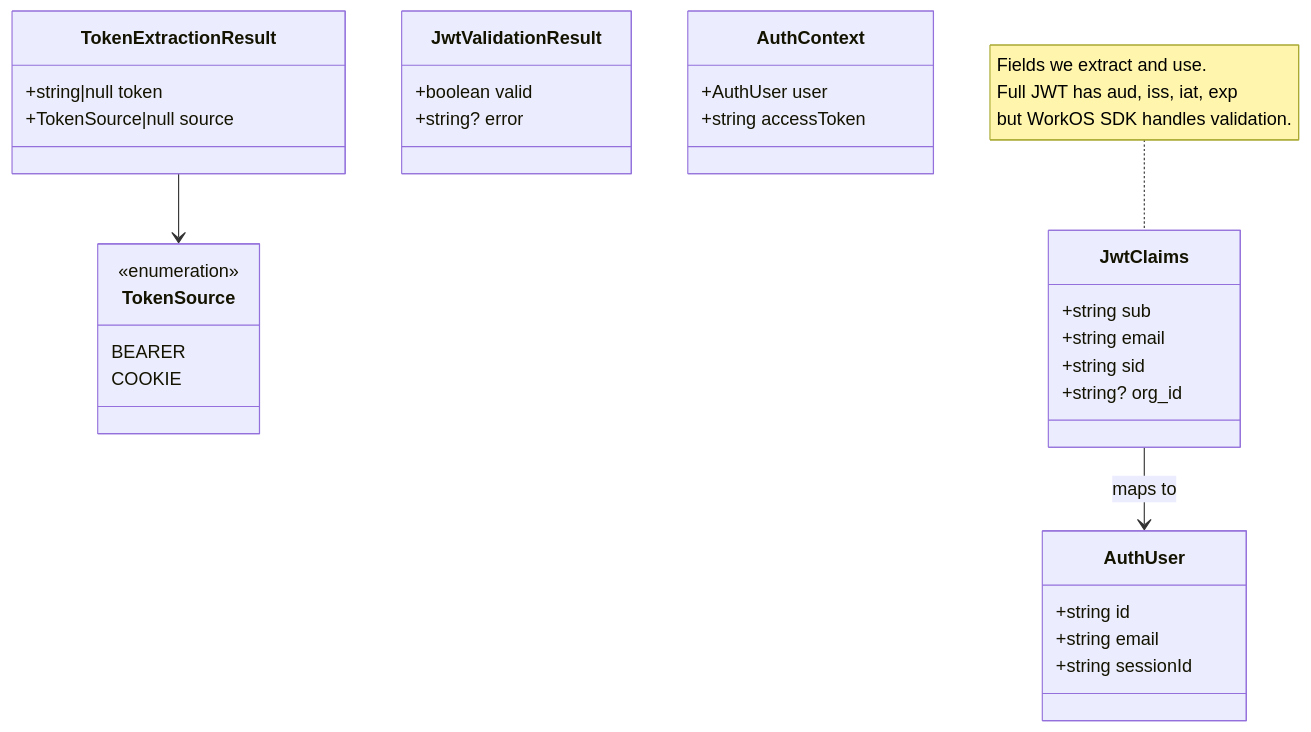
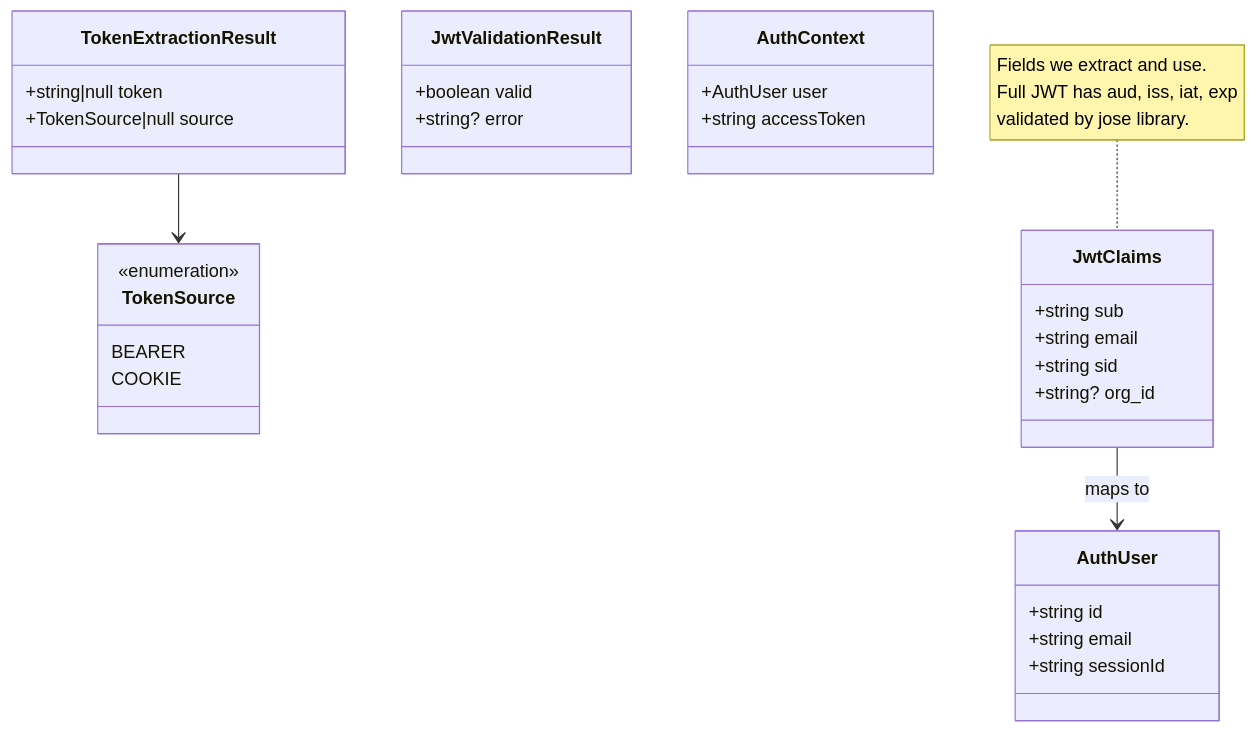
The second of 11 diagrams in docs/auth-design.md (liminal-ai/liminaldb), drawn with Mermaid before and after one commit. The commit also changed other lines of this file and 2 other files, not shown here.

First line of the commit message:
Fix remaining WorkOS SDK references in documentation

````diff
--- a/docs/auth-design.md
+++ b/docs/auth-design.md
@@ -139,41 +139,41 @@
 ```mermaid
 classDiagram
     class TokenExtractionResult {
         +string|null token
         +TokenSource|null source
     }
 
     class TokenSource {
         <<enumeration>>
         BEARER
         COOKIE
     }
 
     class JwtValidationResult {
         +boolean valid
         +string? error
     }
 
     class JwtClaims {
         +string sub
         +string email
         +string sid
         +string? org_id
     }
 
-    note for JwtClaims "Fields we extract and use.<br/>Full JWT has aud, iss, iat, exp<br/>but WorkOS SDK handles validation."
+    note for JwtClaims "Fields we extract and use.<br/>Full JWT has aud, iss, iat, exp<br/>validated by jose library."
 
     class AuthUser {
         +string id
         +string email
         +string sessionId
     }
 
     class AuthContext {
         +AuthUser user
         +string accessToken
     }
 
     TokenExtractionResult --> TokenSource
     JwtClaims --> AuthUser : maps to
 ```
````
